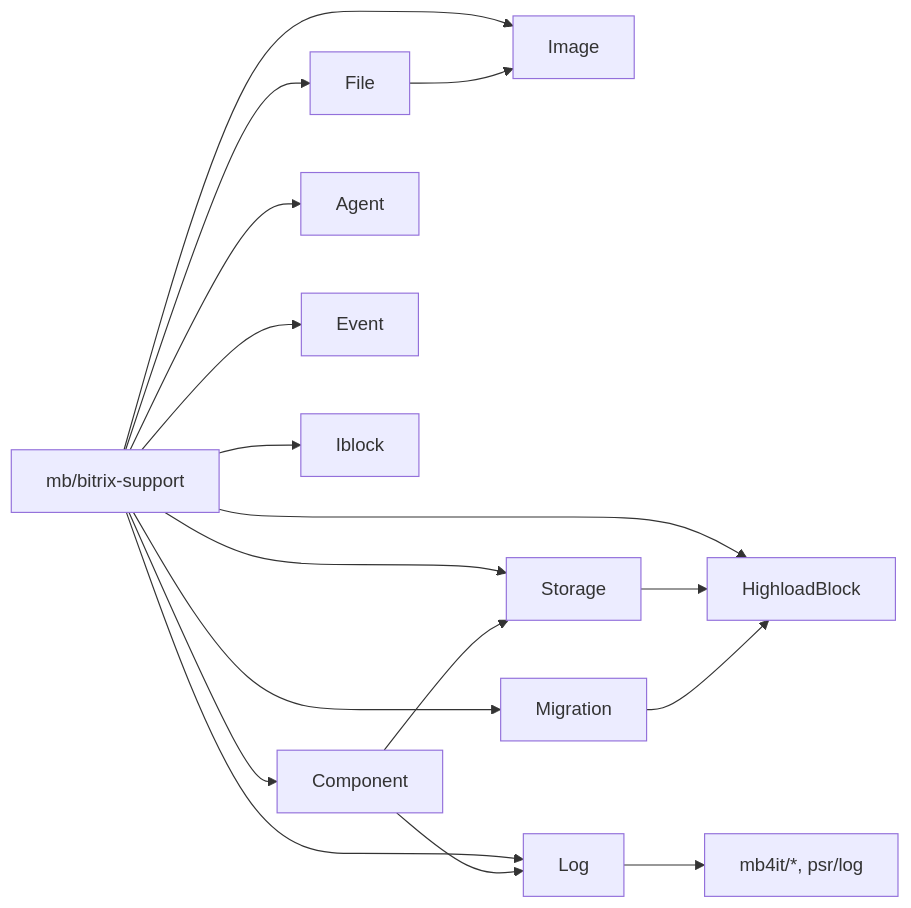
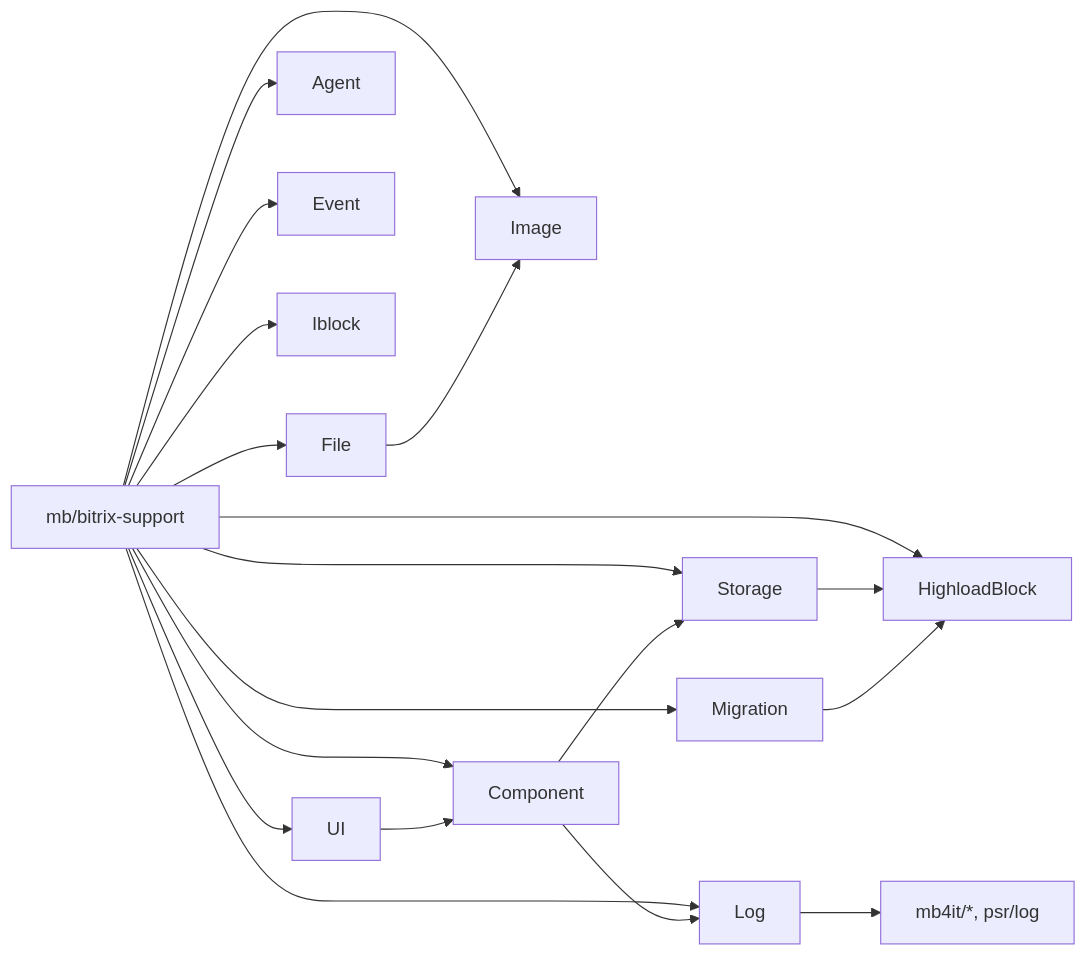
The diagram in docs/README.md (Dictator90/mb-bitrix-support), drawn with Mermaid before and after one commit. The commit also changed other lines of this file and 48 other files, not shown here.

````diff
--- a/docs/README.md
+++ b/docs/README.md
@@ -115,22 +118,24 @@
 ```mermaid
 flowchart LR
   mbBitrix["mb/bitrix-support"]
 
   mbBitrix --> fileLayer[File]
   mbBitrix --> imageLayer[Image]
   mbBitrix --> storageLayer[Storage]
   mbBitrix --> hlLayer[HighloadBlock]
   mbBitrix --> migrationLayer[Migration]
   mbBitrix --> componentLayer[Component]
   mbBitrix --> loggingLayer[Log]
   mbBitrix --> agentLayer[Agent]
   mbBitrix --> eventLayer[Event]
   mbBitrix --> iblockLayer[Iblock]
+  mbBitrix --> uiLayer[UI]
 
   fileLayer --> imageLayer
   storageLayer --> hlLayer
   migrationLayer --> hlLayer
   componentLayer --> loggingLayer
   componentLayer --> storageLayer
   loggingLayer --> mb4itDeps["mb4it/*, psr/log"]
+  uiLayer --> componentLayer
 ```
````
